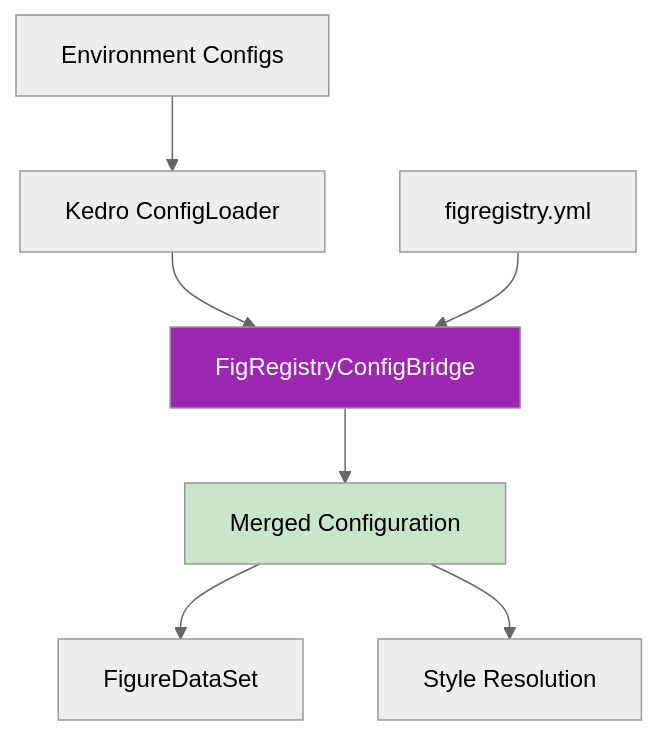
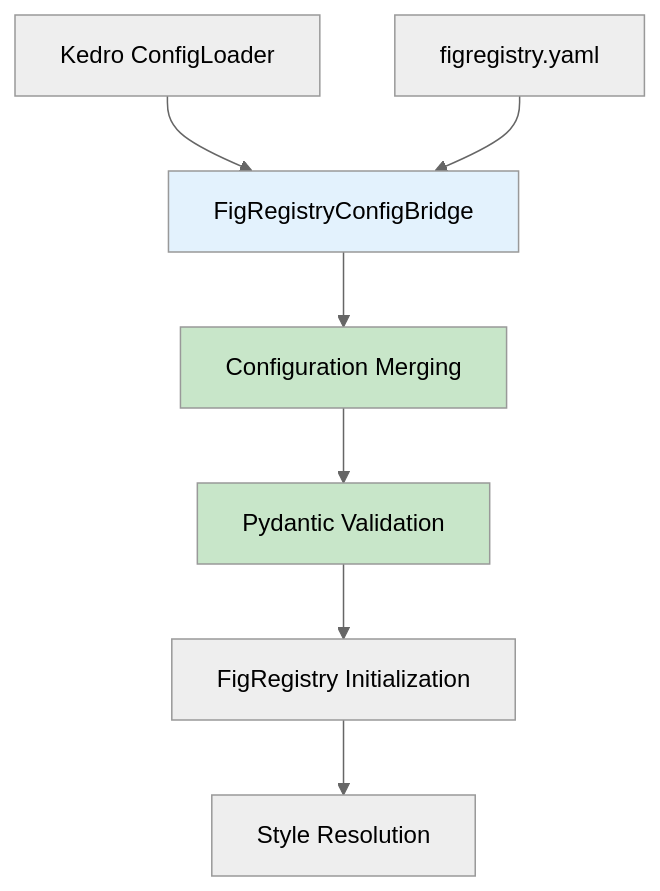
The diagram in figregistry-kedro/docs/configuration.md (SamuelBrudner/figregistry), drawn with Mermaid (neutral theme) before and after one commit. The commit also changed other lines of this file, not shown here.

Commit message:
File: figregistry-kedro/docs/configuration.md

````diff
--- a/figregistry-kedro/docs/configuration.md
+++ b/figregistry-kedro/docs/configuration.md
@@ -29,12 +34,13 @@
 ```mermaid
 graph TD
     A[Kedro ConfigLoader] --> B[FigRegistryConfigBridge]
-    C[figregistry.yml] --> B
-    D[Environment Configs] --> A
-    B --> E[Merged Configuration]
-    E --> F[FigureDataSet]
-    E --> G[Style Resolution]
+    C[figregistry.yaml] --> B
+    B --> D[Configuration Merging]
+    D --> E[Pydantic Validation]
+    E --> F[FigRegistry Initialization]
+    F --> G[Style Resolution]
     
-    style B fill:#9c27b0,color:#fff
+    style B fill:#e3f2fd
+    style D fill:#c8e6c9
     style E fill:#c8e6c9
 ```
````
